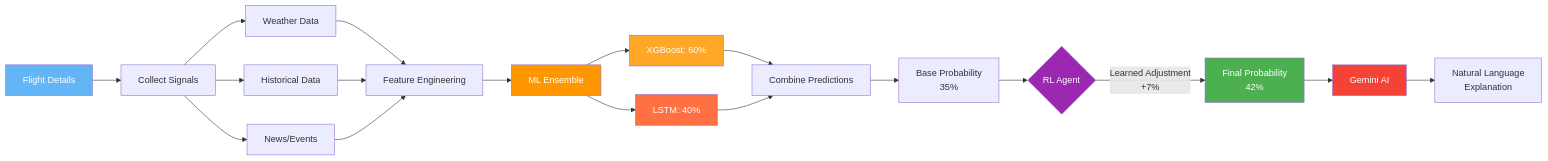
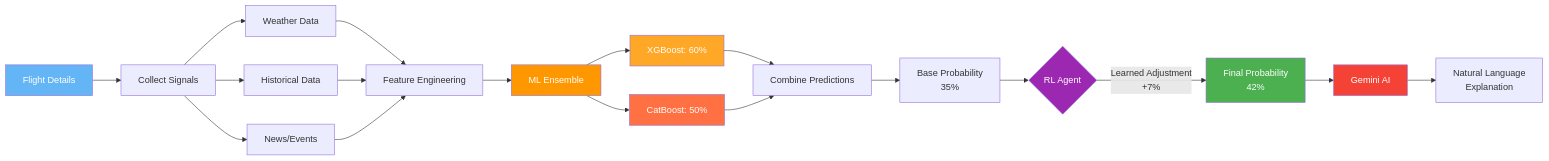
Before and after one commit to Kethavatharavind/Flight-delay-prediction-Using-ML-and-LLM: the third of 6 diagrams in README.md, drawn with Mermaid. The commit also changed other lines of this file and 18 other files, not shown here.

````diff
--- a/README.md
+++ b/README.md
@@ -190,33 +190,33 @@
 ```mermaid
 graph LR
     Input[Flight Details] --> Signals[Collect Signals]
     
     Signals --> Weather[Weather Data]
     Signals --> History[Historical Data]
     Signals --> News[News/Events]
     
     Weather --> Features[Feature Engineering]
     History --> Features
     News --> Features
     
     Features --> ML[ML Ensemble]
     ML --> XGB[XGBoost: 60%]
-    ML --> LSTM[LSTM: 40%]
+    ML --> CatBoost[CatBoost: 50%]
     XGB --> Combine[Combine Predictions]
-    LSTM --> Combine
+    CatBoost --> Combine
     Combine --> BaseProb[Base Probability<br/>35%]
     
     BaseProb --> RL{RL Agent}
     RL --> |Learned Adjustment<br/>+7%| FinalProb[Final Probability<br/>42%]
     
     FinalProb --> LLM[Gemini AI]
     LLM --> Summary[Natural Language<br/>Explanation]
     
     style Input fill:#64B5F6,color:#fff
     style ML fill:#FF9800,color:#fff
     style XGB fill:#FFA726,color:#fff
-    style LSTM fill:#FF7043,color:#fff
+    style CatBoost fill:#FF7043,color:#fff
     style RL fill:#9C27B0,color:#fff
     style LLM fill:#F44336,color:#fff
     style FinalProb fill:#4CAF50,color:#fff
 ```
````
